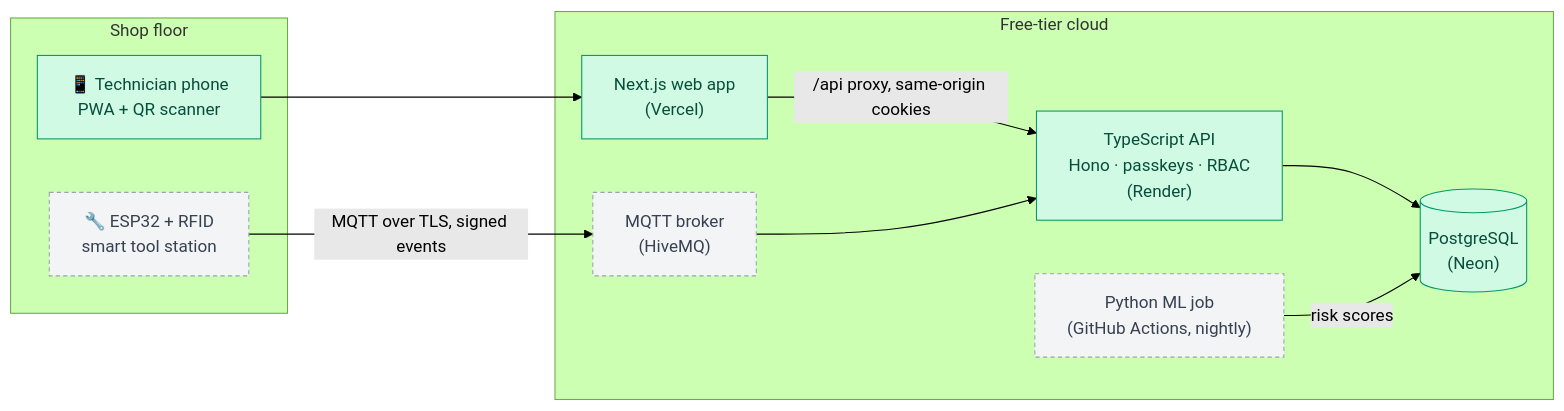
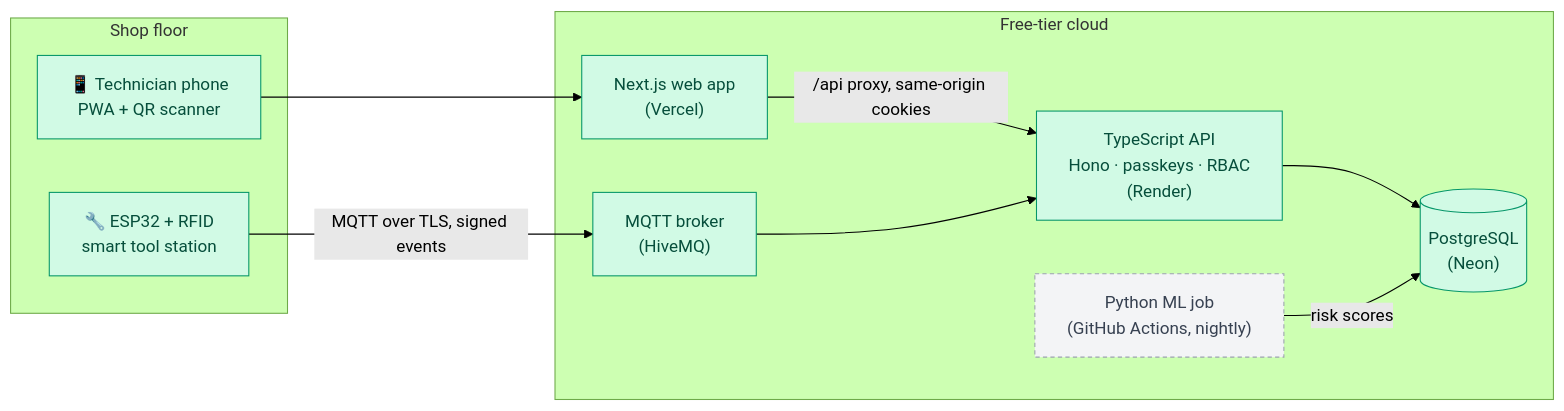
One commit to vijayantrao/Tool-Trace changed the second of 2 diagrams in README.md. Above: the diagram before and after it, drawn with Mermaid (forest theme). The commit also changed other lines of this file and 67 other files, not shown here.

````diff
--- a/README.md
+++ b/README.md
@@ -35,24 +60,24 @@
 ```mermaid
 flowchart LR
     subgraph Floor["Shop floor"]
         Phone["📱 Technician phone<br/>PWA + QR scanner"]
         Station["🔧 ESP32 + RFID<br/>smart tool station"]
     end
 
     subgraph Cloud["Free-tier cloud"]
         Web["Next.js web app<br/>(Vercel)"]
         API["TypeScript API<br/>Hono · passkeys · RBAC<br/>(Render)"]
         DB[("PostgreSQL<br/>(Neon)")]
         MQTT["MQTT broker<br/>(HiveMQ)"]
         ML["Python ML job<br/>(GitHub Actions, nightly)"]
     end
 
     Phone --> Web -->|"/api proxy, same-origin cookies"| API --> DB
     Station -->|"MQTT over TLS, signed events"| MQTT --> API
     ML -->|"risk scores"| DB
 
     classDef done fill:#d1fae5,stroke:#059669,color:#064e3b
     classDef next fill:#f3f4f6,stroke:#9ca3af,color:#374151,stroke-dasharray: 4 3
-    class API,DB,Web,Phone done
-    class Station,MQTT,ML next
+    class API,DB,Web,Phone,Station,MQTT done
+    class ML next
 ```
````
